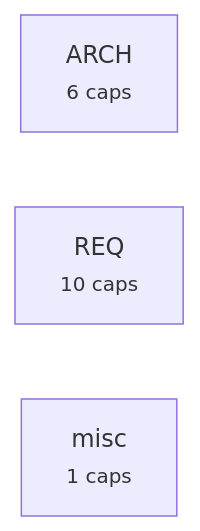
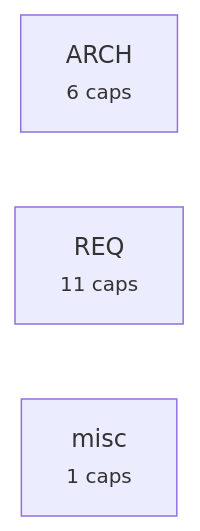
The third of 4 diagrams in requirements/_map.md (alxmax/excalidraw-diagram), drawn with Mermaid before and after one commit. The commit also changed other lines of this file and 32 other files, not shown here.

````diff
--- a/requirements/_map.md
+++ b/requirements/_map.md
@@ -95,6 +96,6 @@
 ```mermaid
 graph LR
   a_ARCH["ARCH<br><small>6 caps</small>"]
-  a_REQ["REQ<br><small>10 caps</small>"]
+  a_REQ["REQ<br><small>11 caps</small>"]
   a_misc["misc<br><small>1 caps</small>"]
 ```
````
